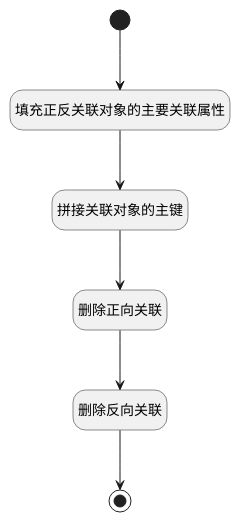
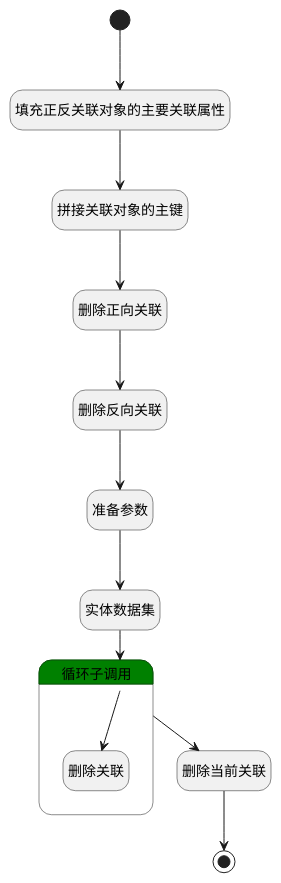
Before and after one commit to iBizLab/plm: the diagram in doc/docsify/module/Base/relation/logic/del_relation.md, drawn with PlantUML. The commit also changed other lines of this file and 2903 other files, not shown here.

````diff
--- a/doc/docsify/module/Base/relation/logic/del_relation.md
+++ b/doc/docsify/module/Base/relation/logic/del_relation.md
@@ -7,27 +7,38 @@
 ```plantuml
 @startuml
 hide empty description
 <style>
 root {
   HyperlinkColor #42b983
 }
 </style>
 
 hide empty description
 state "开始" as Begin <<start>> [[$./del_relation#begin {"开始"}]]
 state "填充正反关联对象的主要关联属性" as PREPAREPARAM1  [[$./del_relation#prepareparam1 {"填充正反关联对象的主要关联属性"}]]
 state "拼接关联对象的主键" as RAWSFCODE1  [[$./del_relation#rawsfcode1 {"拼接关联对象的主键"}]]
 state "删除正向关联" as DEACTION2  [[$./del_relation#deaction2 {"删除正向关联"}]]
 state "删除反向关联" as DEACTION3  [[$./del_relation#deaction3 {"删除反向关联"}]]
+state "准备参数" as PREPAREPARAM2  [[$./del_relation#prepareparam2 {"准备参数"}]]
+state "实体数据集" as DEDATASET1  [[$./del_relation#dedataset1 {"实体数据集"}]]
+state "删除当前关联" as DEACTION5  [[$./del_relation#deaction5 {"删除当前关联"}]]
 state "结束" as END1 <<end>> [[$./del_relation#end1 {"结束"}]]
+state "循环子调用" as LOOPSUBCALL1  [[$./del_relation#loopsubcall1 {"循环子调用"}]] #green {
+state "删除关联" as DEACTION4  [[$./del_relation#deaction4 {"删除关联"}]]
+}
 
 
 Begin --> PREPAREPARAM1
 PREPAREPARAM1 --> RAWSFCODE1
 RAWSFCODE1 --> DEACTION2
 DEACTION2 --> DEACTION3
-DEACTION3 --> END1
+DEACTION3 --> PREPAREPARAM2
+PREPAREPARAM2 --> DEDATASET1
+DEDATASET1 --> LOOPSUBCALL1
+LOOPSUBCALL1 --> DEACTION5
+DEACTION5 --> END1
+LOOPSUBCALL1 --> DEACTION4
 
 
 @enduml
 ```
````
